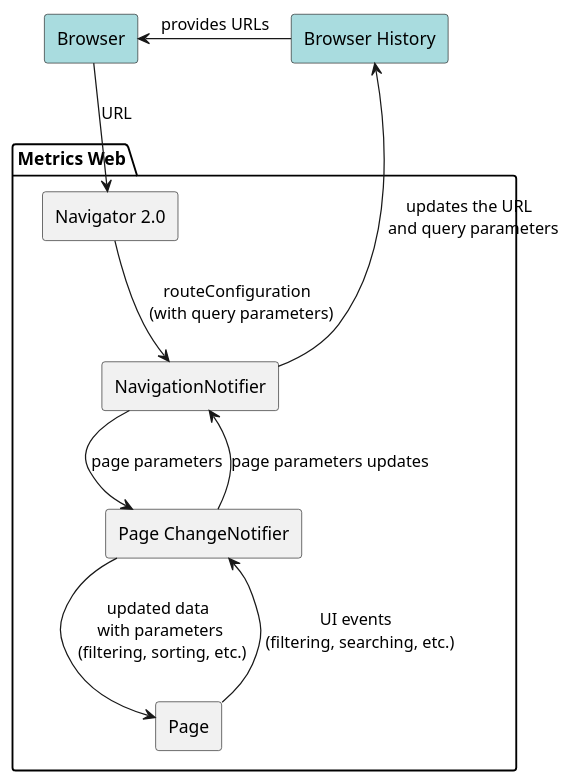
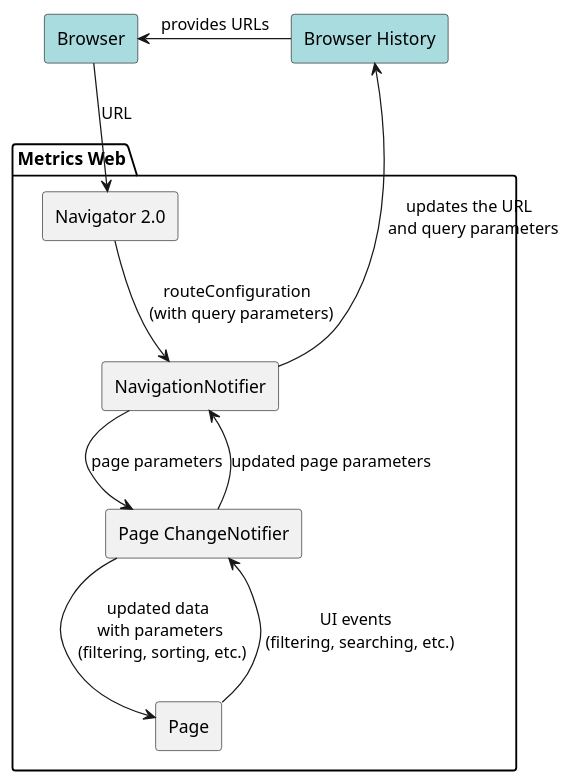
Before and after one commit to Flank/flank-dashboard: the diagram in metrics/web/docs/features/deep_links/diagrams/navigation_notifier_approach_component_diagram.puml, drawn with PlantUML. The commit also changed 3 other files, not shown here.

```diff
--- a/metrics/web/docs/features/deep_links/diagrams/navigation_notifier_approach_component_diagram.puml
+++ b/metrics/web/docs/features/deep_links/diagrams/navigation_notifier_approach_component_diagram.puml
@@ -1,25 +1,25 @@
 @startuml navigation_notifier_approach_component_diagram
 
 skinparam componentStyle rectangle
 
 component Browser #A9DCDF
 component "Browser History" as History #A9DCDF
 
 package "Metrics Web" {
     component "Navigator 2.0" as Navigator
     component NavigationNotifier
     component "Page ChangeNotifier" as PageNotifier
     component Page
 }
 
 History -left-> Browser : provides URLs
 Browser --> Navigator : URL
 Navigator --> NavigationNotifier : routeConfiguration \n (with query parameters)
 NavigationNotifier --> PageNotifier : page parameters
 PageNotifier --> Page : updated data \n with parameters \n (filtering, sorting, etc.)
 NavigationNotifier -up-> History : updates the URL \n and query parameters
 
 Page --> PageNotifier : UI events \n (filtering, searching, etc.)
-PageNotifier --> NavigationNotifier : page parameters updates
+PageNotifier --> NavigationNotifier : updated page parameters
 
 @enduml
```
